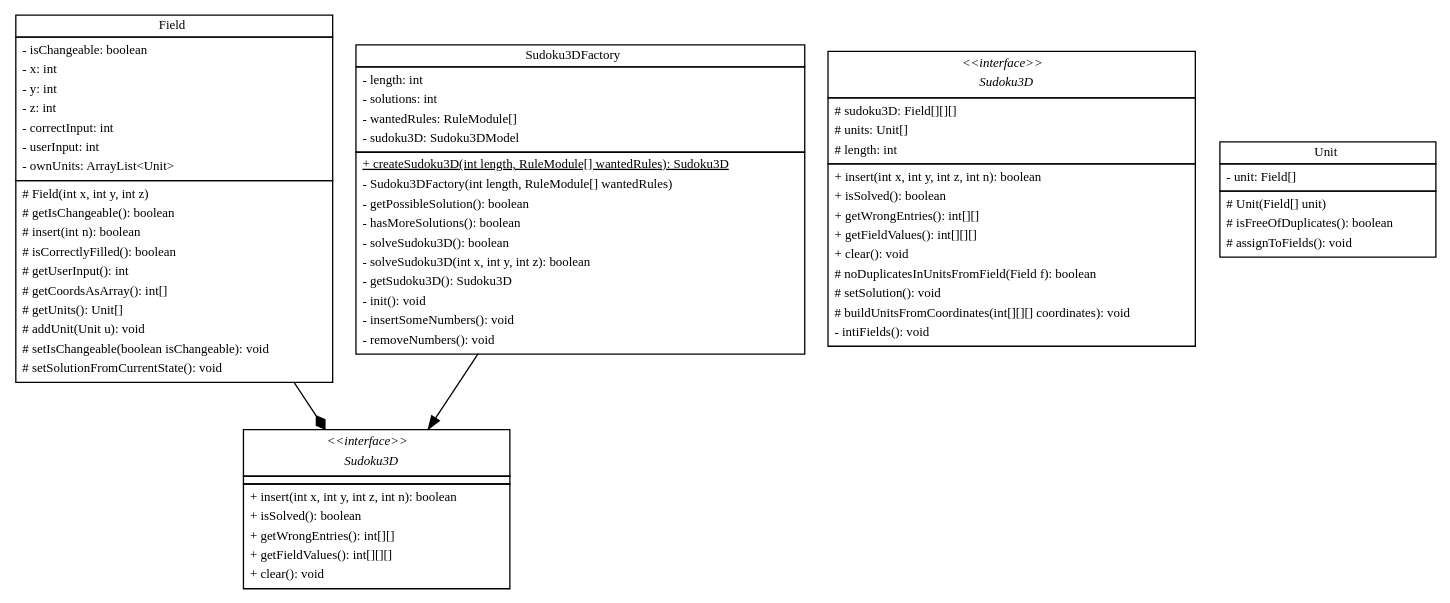
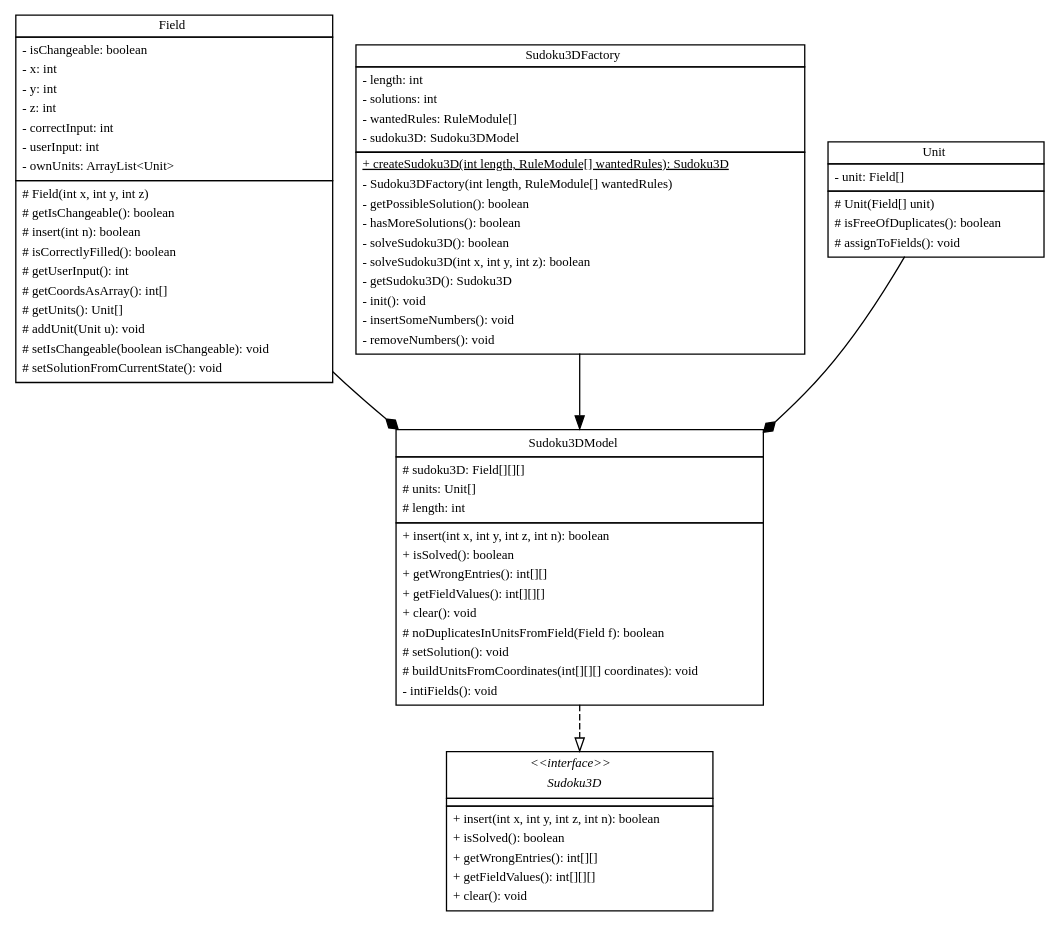
One commit to Mavpotter/Sudoku3D changed the diagram in doc/classdiagram.dot. Above: the diagram before and after it, drawn with Graphviz.

Commit message:
corrected arrows

```diff
--- a/doc/classdiagram.dot
+++ b/doc/classdiagram.dot
@@ -1,185 +1,186 @@
 digraph G {
     fontname = "Bitstream Vera Sans"
     fontsize = 8
 
     node [
         fontname = "Bitstream Vera Sans"
         fontsize = 10
         shape = none width=0 height=0 margin=0
     ]
 
     edge [
         fontname = "Bitstream Vera Sans"
         fontsize = 10
     ]
 
     subgraph packagemodel{
 
         field [
             label =
             <<table border="0" cellspacing="0" cellborder="1">
                 <tr>
                     <td>Field</td>
                 </tr>
                 <tr>
                     <td>
                         <table border="0" cellspacing="0" cellborder="0">
                             <tr><td align="left">- isChangeable: boolean</td></tr>
                             <tr><td align="left">- x: int</td></tr>
                             <tr><td align="left">- y: int</td></tr>
                             <tr><td align="left">- z: int</td></tr>
                             <tr><td align="left">- correctInput: int</td></tr>
                             <tr><td align="left">- userInput: int</td></tr>
                             <tr><td align="left">- ownUnits: ArrayList&lt;Unit&gt;</td></tr>
                         </table>
                     </td>
                 </tr>
                 <tr>
                     <td>
                         <table border="0" cellspacing="0" cellborder="0">
                             <tr><td align="left"># Field(int x, int y, int z)</td></tr>
                             <tr><td align="left"># getIsChangeable(): boolean</td></tr>
                             <tr><td align="left"># insert(int n): boolean</td></tr>
                             <tr><td align="left"># isCorrectlyFilled(): boolean</td></tr>
                             <tr><td align="left"># getUserInput(): int</td></tr>
                             <tr><td align="left"># getCoordsAsArray(): int[]</td></tr>
                             <tr><td align="left"># getUnits(): Unit[]</td></tr>
                             <tr><td align="left"># addUnit(Unit u): void</td></tr>
                             <tr><td align="left"># setIsChangeable(boolean isChangeable): void</td></tr>
                             <tr><td align="left"># setSolutionFromCurrentState(): void</td></tr>
                         </table>
                     </td>
                 </tr>
             </table>>
         ]
 
         sudoku3d [
             label =
             <<table border="0" cellspacing="0" cellborder="1">
                 <tr>
                     <td>
                         <table border="0" cellspacing="0" cellborder="0">
                             <tr><td align="center"><i>&lt;&lt;interface&gt;&gt;</i></td></tr>
                             <tr><td align="center"><i>Sudoku3D</i></td></tr>
                         </table>
                     </td>
                 </tr>
                 <tr>
                     <td></td>
                 </tr>
                 <tr>
                     <td>
                         <table border="0" cellspacing="0" cellborder="0">
                             <tr><td align="left">+ insert(int x, int y, int z, int n): boolean</td></tr>
                             <tr><td align="left">+ isSolved(): boolean</td></tr>
                             <tr><td align="left">+ getWrongEntries(): int[][]</td></tr>
                             <tr><td align="left">+ getFieldValues(): int[][][]</td></tr>
                             <tr><td align="left">+ clear(): void</td></tr>
                         </table>
                     </td>
                 </tr>
             </table>>
         ]
 
         sudoku3dfactory [
             label =
             <<table border="0" cellspacing="0" cellborder="1">
                 <tr>
                     <td>Sudoku3DFactory</td>
                 </tr>
                 <tr>
                     <td>
                         <table border="0" cellspacing="0" cellborder="0">
                             <tr><td align="left">- length: int</td></tr>
                             <tr><td align="left">- solutions: int</td></tr>
                             <tr><td align="left">- wantedRules: RuleModule[]</td></tr>
                             <tr><td align="left">- sudoku3D: Sudoku3DModel</td></tr>
                         </table>
                     </td>
                 </tr>
                 <tr>
                     <td>
                         <table border="0" cellspacing="0" cellborder="0">
                             <tr><td align="left"><u>+ createSudoku3D(int length, RuleModule[] wantedRules): Sudoku3D</u></td></tr>
                             <tr><td align="left">- Sudoku3DFactory(int length, RuleModule[] wantedRules)</td></tr>
                             <tr><td align="left">- getPossibleSolution(): boolean</td></tr>
                             <tr><td align="left">- hasMoreSolutions(): boolean</td></tr>
                             <tr><td align="left">- solveSudoku3D(): boolean</td></tr>
                             <tr><td align="left">- solveSudoku3D(int x, int y, int z): boolean</td></tr>
                             <tr><td align="left">- getSudoku3D(): Sudoku3D</td></tr>
                             <tr><td align="left">- init(): void</td></tr>
                             <tr><td align="left">- insertSomeNumbers(): void</td></tr>
                             <tr><td align="left">- removeNumbers(): void</td></tr>
                         </table>
                     </td>
                 </tr>
             </table>>
         ]
 
         sudoku3dmodel [
             label =
             <<table border="0" cellspacing="0" cellborder="1">
                 <tr>
                     <td>
                         <table border="0" cellspacing="0" cellborder="0">
-                            <tr><td align="center"><i>&lt;&lt;interface&gt;&gt;</i></td></tr>
-                            <tr><td align="center"><i>Sudoku3D</i></td></tr>
+                            <tr><td align="center">Sudoku3DModel</td></tr>
                         </table>
                     </td>
                 </tr>
                 <tr>
                     <td>
                         <table border="0" cellspacing="0" cellborder="0">
                             <tr><td align="left"># sudoku3D: Field[][][]</td></tr>
                             <tr><td align="left"># units: Unit[]</td></tr>
                             <tr><td align="left"># length: int</td></tr>
                         </table>
                     </td>
                 </tr>
                 <tr>
                     <td>
                         <table border="0" cellspacing="0" cellborder="0">
                             <tr><td align="left">+ insert(int x, int y, int z, int n): boolean</td></tr>
                             <tr><td align="left">+ isSolved(): boolean</td></tr>
                             <tr><td align="left">+ getWrongEntries(): int[][]</td></tr>
                             <tr><td align="left">+ getFieldValues(): int[][][]</td></tr>
                             <tr><td align="left">+ clear(): void</td></tr>
                             <tr><td align="left"># noDuplicatesInUnitsFromField(Field f): boolean</td></tr>
                             <tr><td align="left"># setSolution(): void</td></tr>
                             <tr><td align="left"># buildUnitsFromCoordinates(int[][][] coordinates): void</td></tr>
                             <tr><td align="left">- intiFields(): void</td></tr>
                         </table>
                     </td>
                 </tr>
             </table>>
         ]
 
         unit [
             label =
             <<table border="0" cellspacing="0" cellborder="1">
                 <tr>
                     <td>Unit</td>
                 </tr>
                 <tr>
                     <td>
                         <table border="0" cellspacing="0" cellborder="0">
                             <tr><td align="left">- unit: Field[]</td></tr>
                         </table>
                     </td>
                 </tr>
                 <tr>
                     <td>
                         <table border="0" cellspacing="0" cellborder="0">
                             <tr><td align="left"># Unit(Field[] unit)</td></tr>
                             <tr><td align="left"># isFreeOfDuplicates(): boolean</td></tr>
                             <tr><td align="left"># assignToFields(): void</td></tr>
                         </table>
                     </td>
                 </tr>
             </table>>
         ]
 
-        sudoku3dfactory -> sudoku3d
-        field -> sudoku3d [arrowhead=diamond]
+        sudoku3dfactory -> sudoku3dmodel
+        field -> sudoku3dmodel [arrowhead=diamond]
+        unit -> sudoku3dmodel [arrowhead=diamond]
+        sudoku3dmodel -> sudoku3d [arrowhead=onormal,style=dashed]
     }
 }
```
